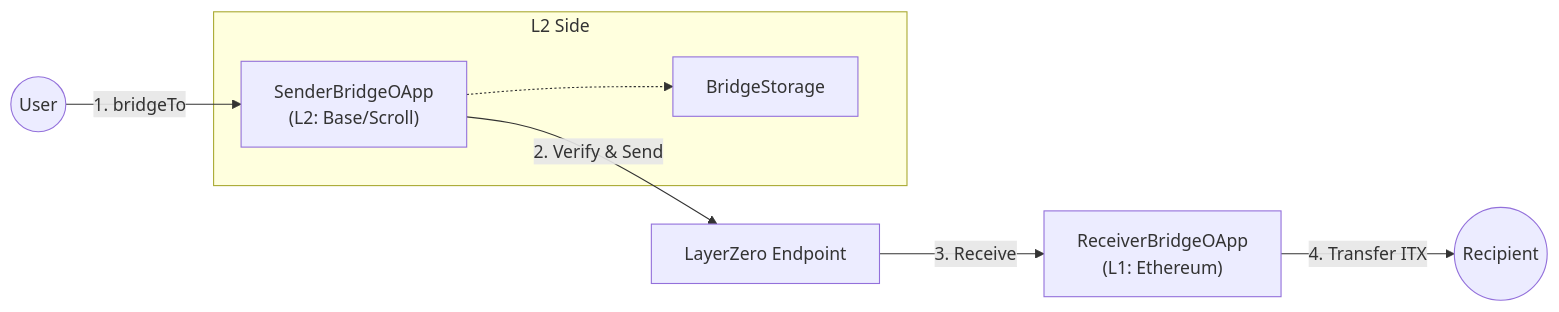
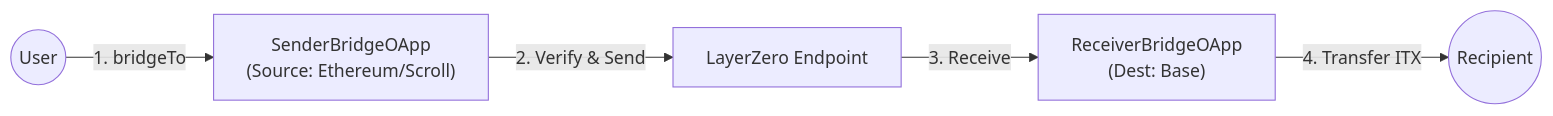
Before and after one commit to InternetMaximalism/intmax2-itx-bridge-contract: the diagram in README.md, drawn with Mermaid. The commit also changed other lines of this file and 25 other files, not shown here.

````diff
--- a/README.md
+++ b/README.md
@@ -11,11 +11,7 @@
 ```mermaid
 graph LR
-    User((User)) --> |1. bridgeTo| Sender["SenderBridgeOApp<br>(L2: Base/Scroll)"]
+    User((User)) --> |1. bridgeTo| Sender["SenderBridgeOApp<br>(Source: Ethereum/Scroll)"]
     Sender --> |2. Verify & Send| LZ[LayerZero Endpoint]
-    LZ --> |3. Receive| Receiver["ReceiverBridgeOApp<br>(L1: Ethereum)"]
+    LZ --> |3. Receive| Receiver["ReceiverBridgeOApp<br>(Dest: Base)"]
     Receiver --> |4. Transfer ITX| Recipient((Recipient))
-    
-    subgraph "L2 Side"
-    Sender -.-> Storage[BridgeStorage]
-    end
 ```
````
